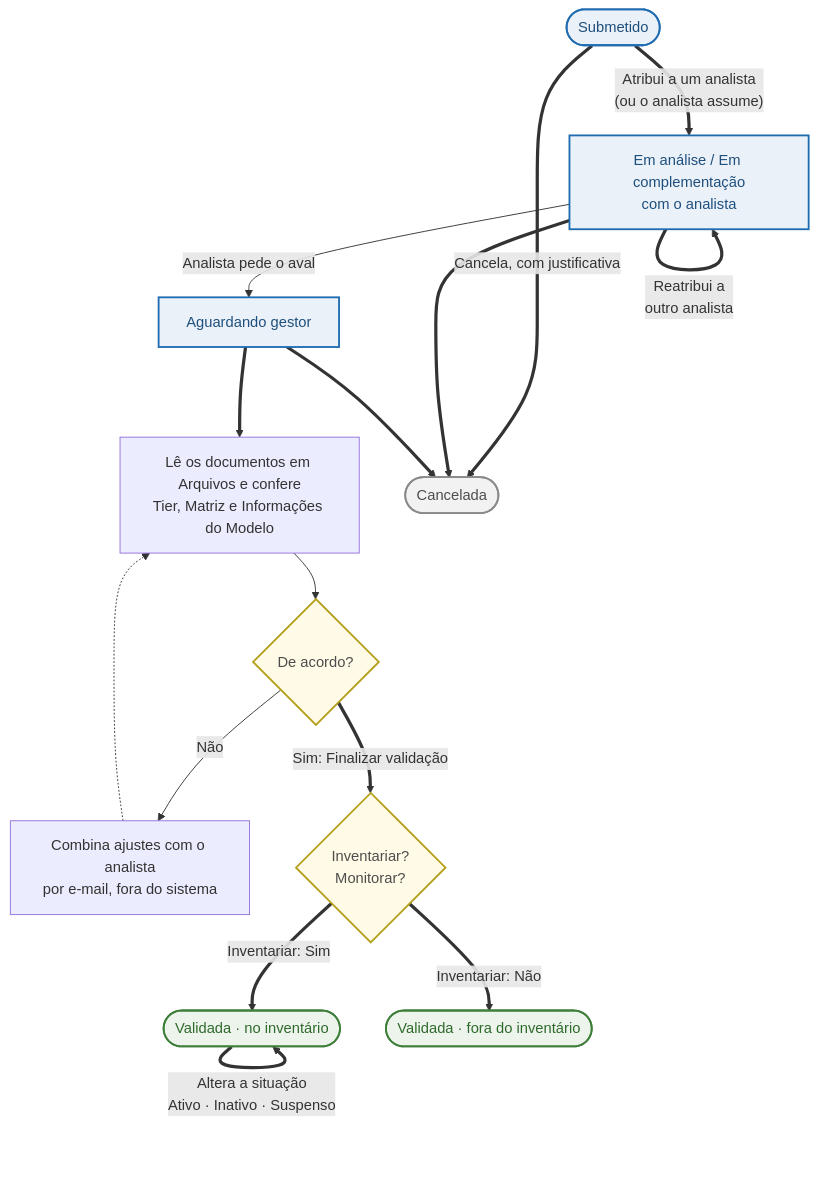
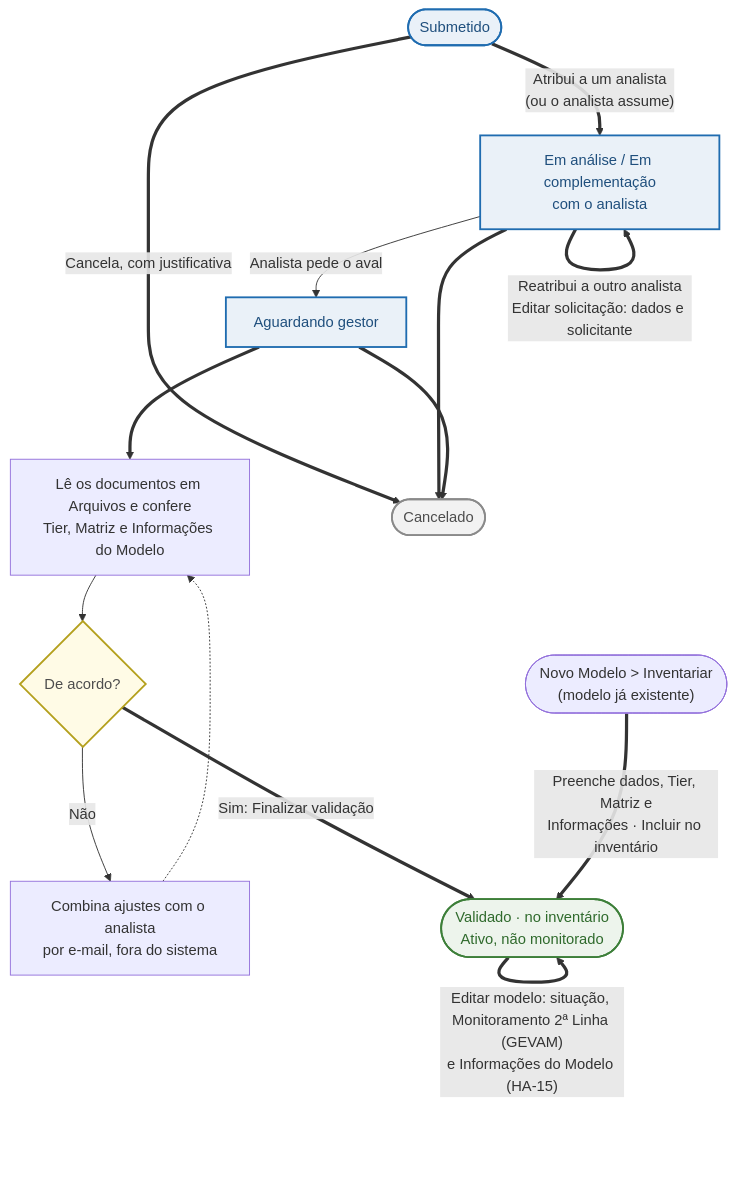
The third of 3 diagrams in handoff/SPRINT-42.md (barlettab/svm-frontend), drawn with Mermaid before and after one commit. The commit also changed other lines of this file and 82 other files, not shown here.

````diff
--- a/handoff/SPRINT-42.md
+++ b/handoff/SPRINT-42.md
@@ -445,21 +610,20 @@
 ```mermaid
 flowchart TB
     SUB(["Submetido"]):::status ==>|"Atribui a um analista<br/>(ou o analista assume)"| ANA["Em análise / Em complementação<br/>com o analista"]:::status
-    ANA ==>|"Reatribui a<br/>outro analista"| ANA
+    ANA ==>|"Reatribui a outro analista<br/>Editar solicitação: dados e solicitante"| ANA
     ANA -->|"Analista pede o aval"| GES["Aguardando gestor"]:::status
     GES ==> LER["Lê os documentos em Arquivos e confere<br/>Tier, Matriz e Informações do Modelo"]
     LER --> OK{"De acordo?"}:::decisao
     OK -->|"Não"| EMAIL["Combina ajustes com o analista<br/>por e-mail, fora do sistema"]
     EMAIL -.-> LER
-    OK ==>|"Sim: Finalizar validação"| DEC{"Inventariar?<br/>Monitorar?"}:::decisao
-    DEC ==>|"Inventariar: Sim"| INV(["Validada · no inventário"]):::ok
-    DEC ==>|"Inventariar: Não"| VAL(["Validada · fora do inventário"]):::ok
-    INV ==>|"Altera a situação<br/>Ativo · Inativo · Suspenso"| INV
-    SUB ==>|"Cancela, com justificativa"| CAN(["Cancelada"]):::cancel
+    OK ==>|"Sim: Finalizar validação"| INV(["Validado · no inventário<br/>Ativo, não monitorado"]):::ok
+    INV ==>|"Editar modelo: situação, Monitoramento 2ª Linha (GEVAM)<br/>e Informações do Modelo (HA-15)"| INV
+    NOVO(["Novo Modelo > Inventariar<br/>(modelo já existente)"]) ==>|"Preenche dados, Tier, Matriz e<br/>Informações · Incluir no inventário"| INV
+    SUB ==>|"Cancela, com justificativa"| CAN(["Cancelado"]):::cancel
     ANA ==> CAN
     GES ==> CAN
     classDef status fill:#eaf1f8,stroke:#1f6cb0,stroke-width:2px,color:#1f4f7d
     classDef ok fill:#edf4ec,stroke:#3d7f39,stroke-width:2px,color:#2f6a2c
     classDef cancel fill:#f2f2f2,stroke:#8a8a8a,stroke-width:2px,color:#4d4d4d
     classDef decisao fill:#fffbe6,stroke:#b4a01d,stroke-width:2px,color:#4d4d4d
 ```
````
